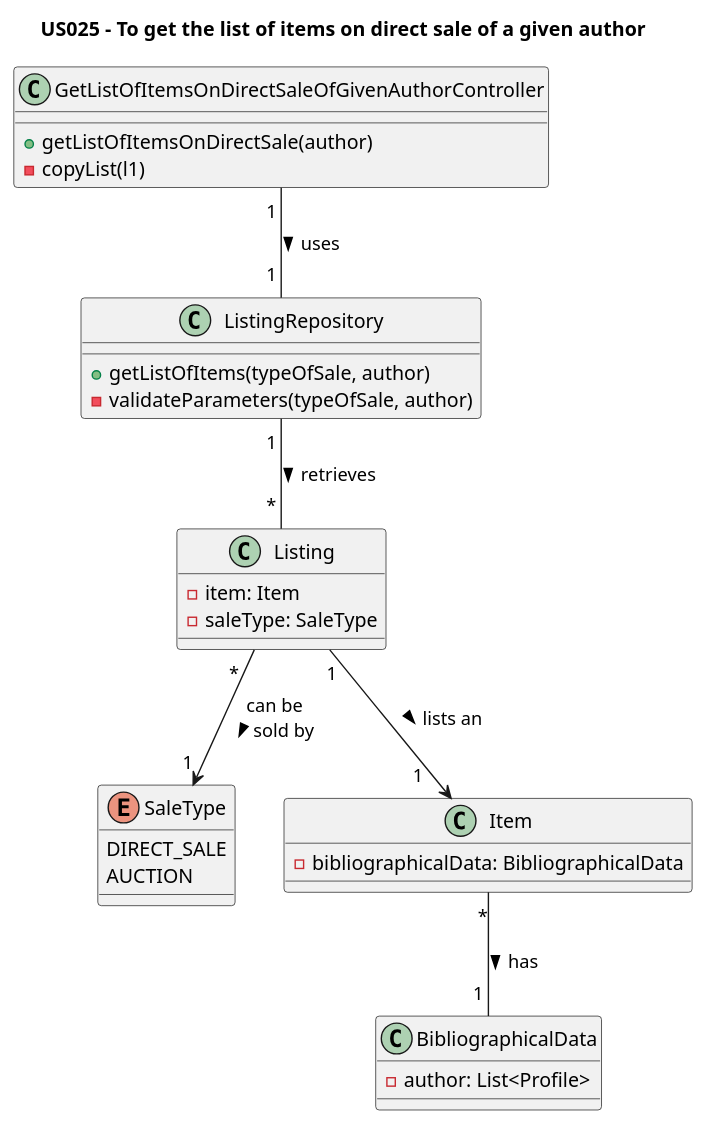
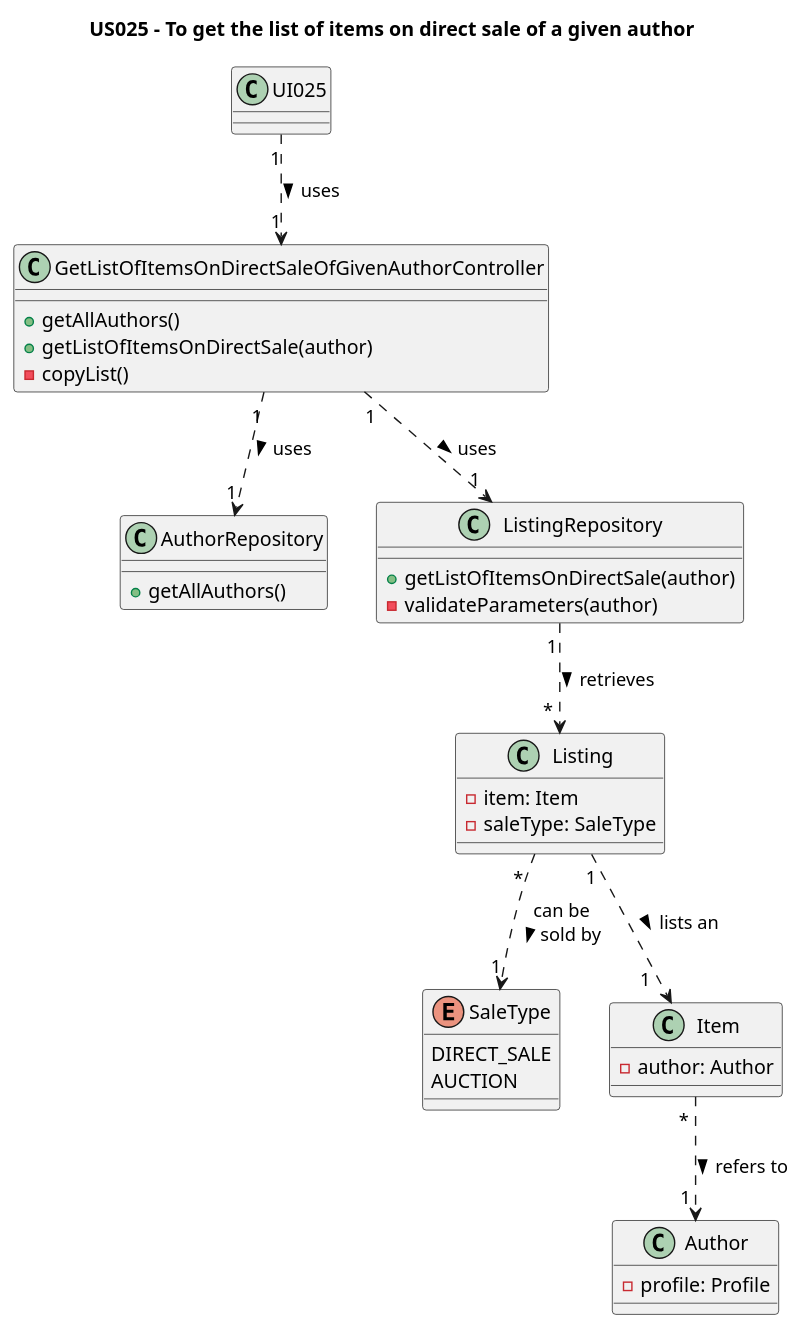
One commit to AndrePereiraGitH/SWitCH-Project-Team_A changed the diagram in Diagrams/ClassDiagrams/US025-to-get-the-list-of-items-on-direct-sale-of-a-given-author.puml. Above: the diagram before and after it, drawn with PlantUML. The commit also changed 5 other files, not shown here.

```diff
--- a/Diagrams/ClassDiagrams/US025-to-get-the-list-of-items-on-direct-sale-of-a-given-author.puml
+++ b/Diagrams/ClassDiagrams/US025-to-get-the-list-of-items-on-direct-sale-of-a-given-author.puml
@@ -1,40 +1,51 @@
 @startuml
 title US025 - To get the list of items on direct sale of a given author
 
+class UI025{
+
+}
+
 class GetListOfItemsOnDirectSaleOfGivenAuthorController {
+  +getAllAuthors()
   +getListOfItemsOnDirectSale(author)
-  -copyList(l1)
+  -copyList()
+}
+
+class AuthorRepository{
+  +getAllAuthors()
 }
 
 class ListingRepository {
-  +getListOfItems(typeOfSale, author)
-  -validateParameters(typeOfSale, author)
+  +getListOfItemsOnDirectSale(author)
+  -validateParameters(author)
 }
 
 class Listing {
   - item: Item
   - saleType: SaleType
 }
 
 enum SaleType {
     DIRECT_SALE
     AUCTION
 }
 
 class Item {
-    - bibliographicalData: BibliographicalData
+    - author: Author
 }
 
-class BibliographicalData {
-    - author: List<Profile>
-    }
+class Author {
+    - profile: Profile
+}
 
 ' Interactions
 
-GetListOfItemsOnDirectSaleOfGivenAuthorController  "1 " -- "1 " ListingRepository : uses >
-ListingRepository "1 " -- " * " Listing : retrieves >
-Listing "                                *" --> "1 " SaleType : can be\nsold by >
-Listing "1"--> "1    " Item : lists an >
-Item "*" -- "1 " BibliographicalData: has >
+UI025 "1" ..> "1" GetListOfItemsOnDirectSaleOfGivenAuthorController : uses >
+GetListOfItemsOnDirectSaleOfGivenAuthorController "1" ..> "1" AuthorRepository : uses >
+GetListOfItemsOnDirectSaleOfGivenAuthorController "1" ..> "1" ListingRepository : uses >
+ListingRepository "         1" ..> "                *" Listing : retrieves >
+Listing "                       *" ..> "1" SaleType : can be\nsold by >
+Listing "1" ..> "1   " Item : lists an >
+Item "             *" ..> "1 " Author : refers to >
 
 @enduml
```
